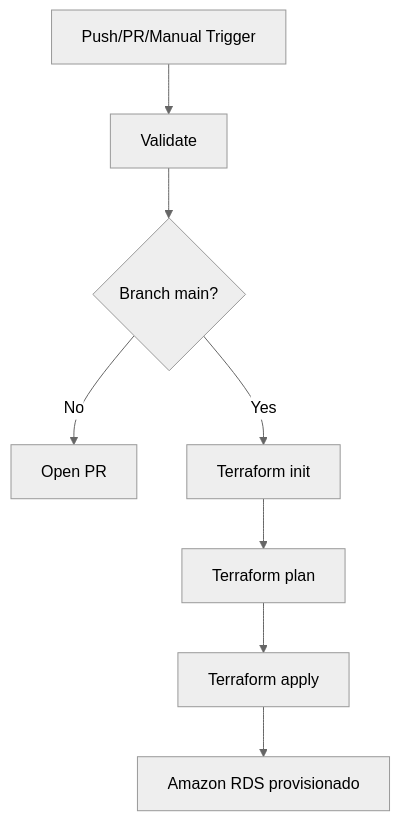
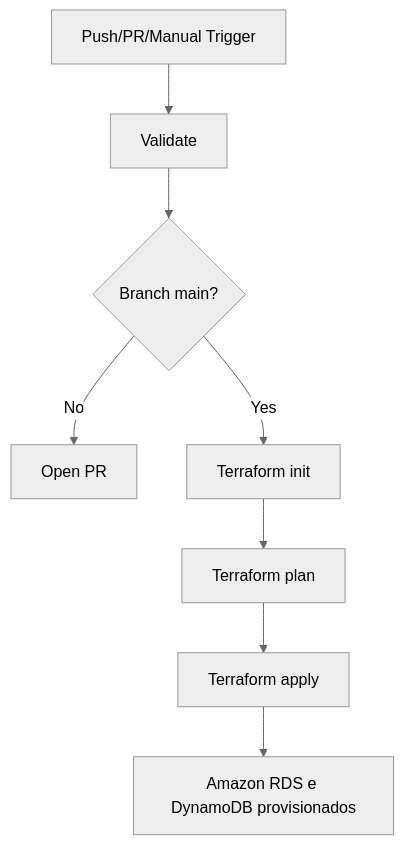
Before and after one commit to Maquese/techchallengeinfrards: the first of 2 diagrams in src/README.md, drawn with Mermaid (neutral theme). The commit also changed other lines of this file and 3 other files, not shown here.

````diff
--- a/src/README.md
+++ b/src/README.md
@@ -69,10 +71,10 @@
 ```mermaid
 flowchart TD
     A[Push/PR/Manual Trigger] --> B[Validate]
     B --> C{Branch main?}
     C -->|No| D[Open PR]
     C -->|Yes| E[Terraform init]
     E --> F[Terraform plan]
     F --> G[Terraform apply]
-    G --> H[Amazon RDS provisionado]
+    G --> H[Amazon RDS e DynamoDB provisionados]
 ```
````
